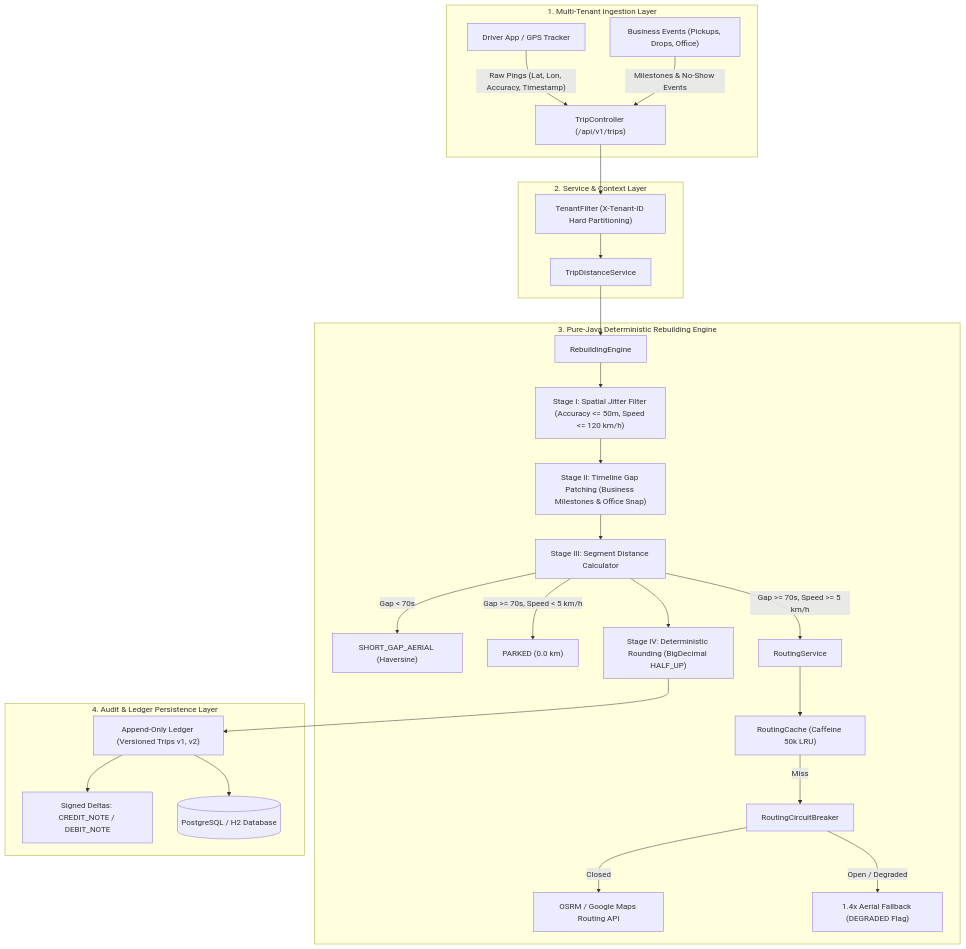
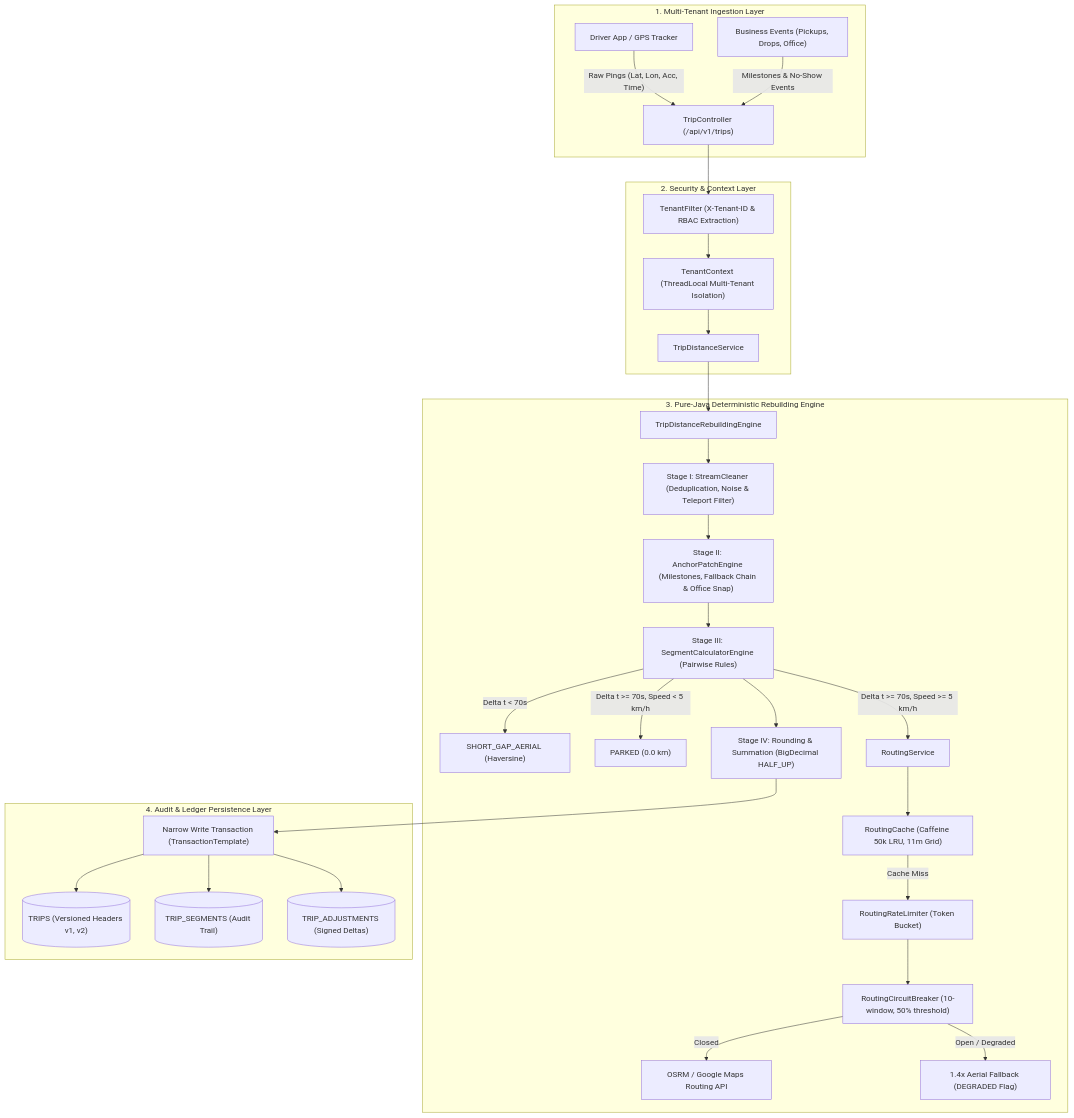
One commit to kamran-asif/GPS-Gap-Backfill-Billable-Distance-Reconstruction changed the first of 4 diagrams in README.md. Above: the diagram before and after it, drawn with Mermaid. The commit also changed other lines of this file, not shown here.

Commit message:
docs: restructure README.md with all 18 enterprise sections, diagrams, and benchmarks

````diff
--- a/README.md
+++ b/README.md
@@ -89,36 +129,39 @@
 ```mermaid
 flowchart TD
     subgraph Ingestion ["1. Multi-Tenant Ingestion Layer"]
-        A["Driver App / GPS Tracker"] -->|"Raw Pings (Lat, Lon, Accuracy, Timestamp)"| API["TripController (/api/v1/trips)"]
+        A["Driver App / GPS Tracker"] -->|"Raw Pings (Lat, Lon, Acc, Time)"| API["TripController (/api/v1/trips)"]
         B["Business Events (Pickups, Drops, Office)"] -->|"Milestones & No-Show Events"| API
     end
 
-    subgraph ServiceLayer ["2. Service & Context Layer"]
-        API --> Filter["TenantFilter (X-Tenant-ID Hard Partitioning)"]
-        Filter --> Svc["TripDistanceService"]
+    subgraph SecurityCtx ["2. Security & Context Layer"]
+        API --> Filter["TenantFilter (X-Tenant-ID & RBAC Extraction)"]
+        Filter --> Ctx["TenantContext (ThreadLocal Multi-Tenant Isolation)"]
+        Ctx --> Svc["TripDistanceService"]
     end
 
     subgraph EngineCore ["3. Pure-Java Deterministic Rebuilding Engine"]
-        Svc --> Engine["RebuildingEngine"]
-        Engine --> Stage1["Stage I: Spatial Jitter Filter (Accuracy <= 50m, Speed <= 120 km/h)"]
-        Stage1 --> Stage2["Stage II: Timeline Gap Patching (Business Milestones & Office Snap)"]
-        Stage2 --> Stage3["Stage III: Segment Distance Calculator"]
+        Svc --> Engine["TripDistanceRebuildingEngine"]
+        Engine --> Stage1["Stage I: StreamCleaner (Deduplication, Noise & Teleport Filter)"]
+        Stage1 --> Stage2["Stage II: AnchorPatchEngine (Milestones, Fallback Chain & Office Snap)"]
+        Stage2 --> Stage3["Stage III: SegmentCalculatorEngine (Pairwise Rules)"]
         
-        Stage3 -->|"Gap < 70s"| Rule1["SHORT_GAP_AERIAL (Haversine)"]
-        Stage3 -->|"Gap >= 70s, Speed < 5 km/h"| Rule2["PARKED (0.0 km)"]
-        Stage3 -->|"Gap >= 70s, Speed >= 5 km/h"| RoutingSvc["RoutingService"]
+        Stage3 -->|"Delta t < 70s"| Rule1["SHORT_GAP_AERIAL (Haversine)"]
+        Stage3 -->|"Delta t >= 70s, Speed < 5 km/h"| Rule2["PARKED (0.0 km)"]
+        Stage3 -->|"Delta t >= 70s, Speed >= 5 km/h"| RoutingSvc["RoutingService"]
         
-        RoutingSvc --> Cache["RoutingCache (Caffeine 50k LRU)"]
-        Cache -->|"Miss"| CB["RoutingCircuitBreaker"]
+        RoutingSvc --> Cache["RoutingCache (Caffeine 50k LRU, 11m Grid)"]
+        Cache -->|"Cache Miss"| Limiter["RoutingRateLimiter (Token Bucket)"]
+        Limiter --> CB["RoutingCircuitBreaker (10-window, 50% threshold)"]
         CB -->|"Closed"| Provider["OSRM / Google Maps Routing API"]
         CB -->|"Open / Degraded"| Fallback["1.4x Aerial Fallback (DEGRADED Flag)"]
         
-        Stage3 --> Stage4["Stage IV: Deterministic Rounding (BigDecimal HALF_UP)"]
+        Stage3 --> Stage4["Stage IV: Rounding & Summation (BigDecimal HALF_UP)"]
     end
 
     subgraph Persistence ["4. Audit & Ledger Persistence Layer"]
-        Stage4 --> Ledger["Append-Only Ledger (Versioned Trips v1, v2)"]
-        Ledger --> Adjustments["Signed Deltas: CREDIT_NOTE / DEBIT_NOTE"]
-        Ledger --> DB[("PostgreSQL / H2 Database")]
+        Stage4 --> NarrowTx["Narrow Write Transaction (TransactionTemplate)"]
+        NarrowTx --> TripsTable[("TRIPS (Versioned Headers v1, v2)")]
+        NarrowTx --> SegmentsTable[("TRIP_SEGMENTS (Audit Trail)")]
+        NarrowTx --> AdjustmentsTable[("TRIP_ADJUSTMENTS (Signed Deltas)")]
     end
 ```
````
